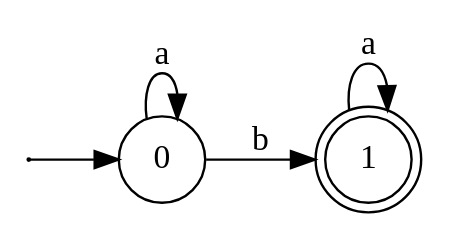
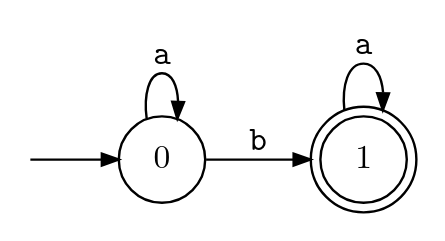
One commit to karlstroetmann/Formal-Languages changed the diagram in Lecture-Notes/Abbildungen/abstara.dot. Above: the diagram before and after it, drawn with Graphviz. The commit also changed other lines of this file and 57 other files, not shown here.

First line of the commit message:
Redraw the remaining EPS figures of the lecture notes as PDFs

```diff
--- a/Lecture-Notes/Abbildungen/abstara.dot
+++ b/Lecture-Notes/Abbildungen/abstara.dot
@@ -1,15 +1,16 @@
-digraph G {    
-    shape   = circle;
-    rankdir = LR;
-    size    = "5,7";
-
-    start [label="",width=0.00001,height=0.00001];
+digraph G {
+    // The states are labelled in Latin Modern Math, like $q_0$ in the lecture
+    // notes, the transitions in Latin Modern Mono, like \texttt{a}.
+    rankdir=LR;
+    node [shape=circle, fixedsize=true, width=0.5,
+          fontname="Latin Modern Math", fontsize=14];
+    edge [fontname="Latin Modern Mono", fontsize=14, arrowsize=0.7];
+    start [shape=none, label="", width=0, height=0];
 
     start -> 0;
-    0 [label = "0", shape = circle];
-    1 [label = "1", shape = circle, peripheries = 2];
+    1 [shape=doublecircle];
 
-    0 -> 0 [label = "a"]
-    0 -> 1 [label = "b"]
-    1 -> 1 [label = "a"]
+    0 -> 0 [label="a"];
+    0 -> 1 [label="b"];
+    1 -> 1 [label="a"];
 }
```
